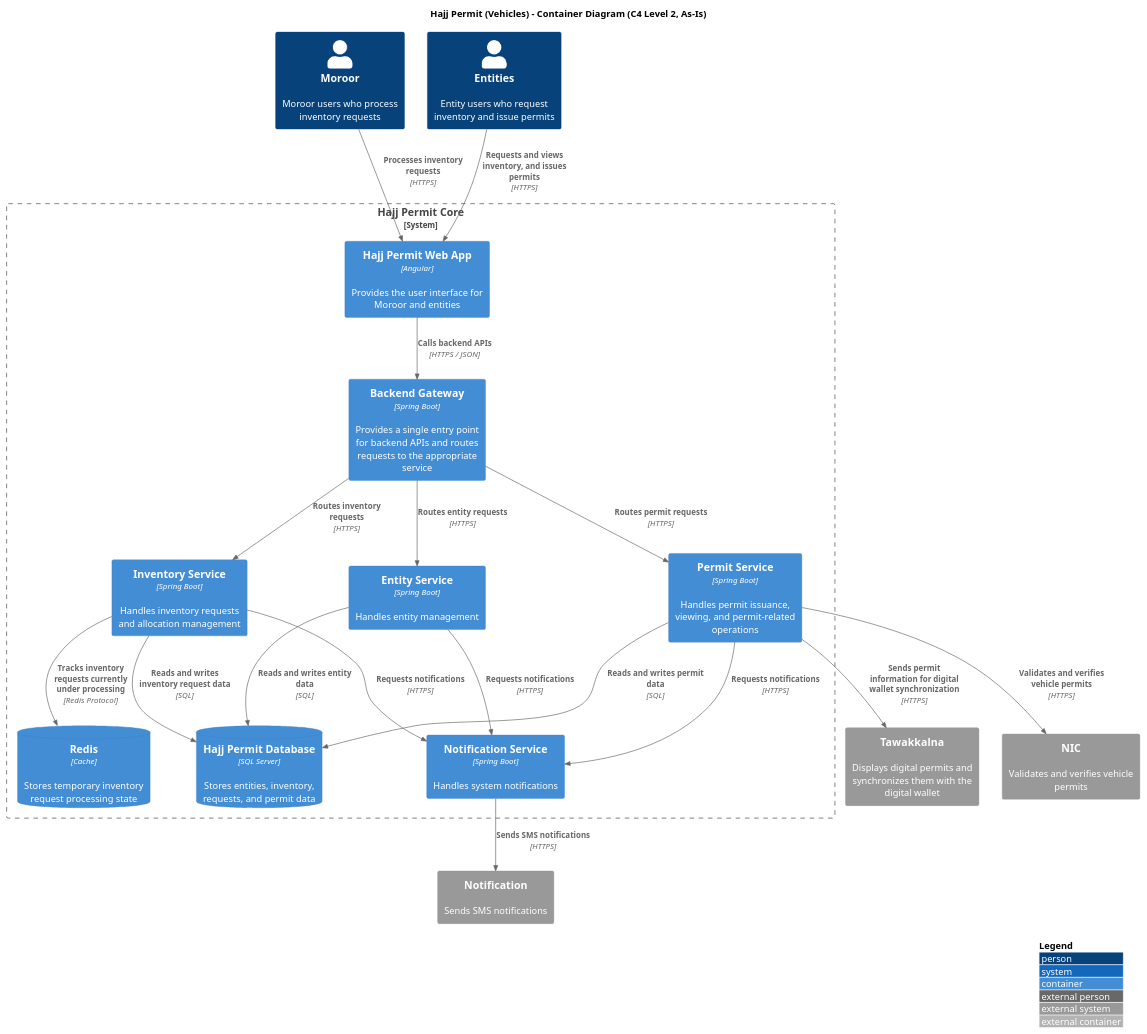
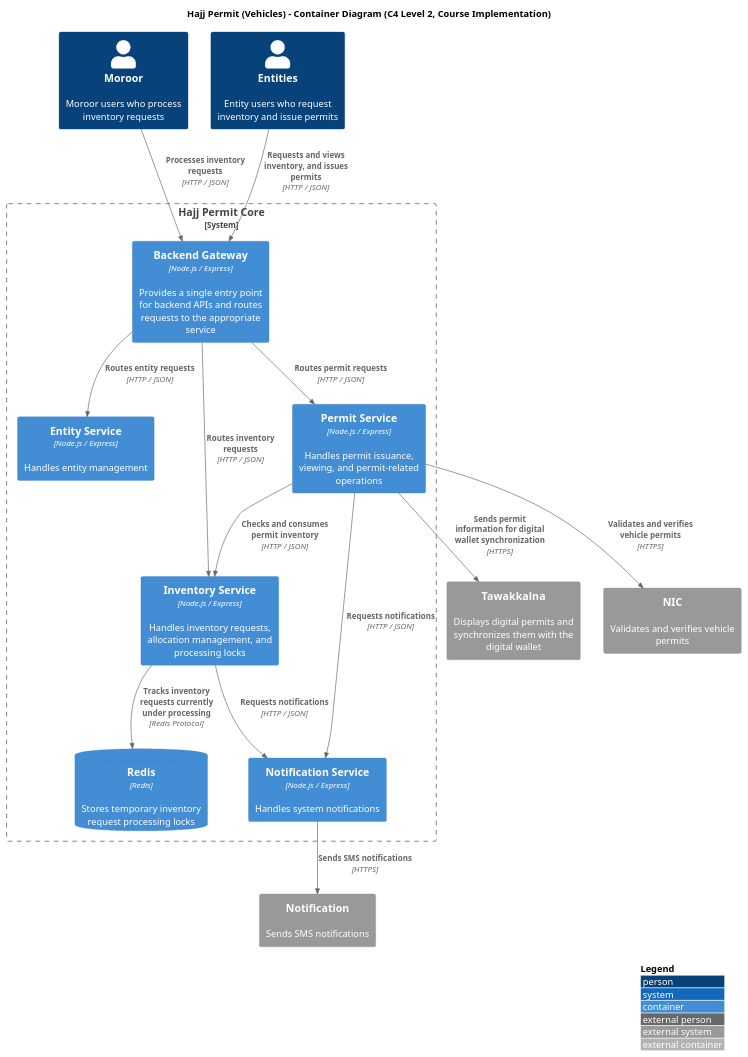
One commit to Mashael48/softwareArchitectCourse changed the diagram in docs/c4/c2/container.puml. Above: the diagram before and after it, drawn with PlantUML.

Commit message:
align C2 with Node.js microservices implementation

```diff
--- a/docs/c4/c2/container.puml
+++ b/docs/c4/c2/container.puml
@@ -1,36 +1,30 @@
 @startuml containers
 !include <C4/C4_Container>
-title Hajj Permit (Vehicles) - Container Diagram (C4 Level 2, As-Is)
+title Hajj Permit (Vehicles) - Container Diagram (C4 Level 2, Course Implementation)
 LAYOUT_WITH_LEGEND()
 Person(moroor, "Moroor", "Moroor users who process inventory requests")
 Person(entities, "Entities", "Entity users who request inventory and issue permits")
 System_Ext(notification, "Notification", "Sends SMS notifications")
 System_Ext(tawakkalna, "Tawakkalna", "Displays digital permits and synchronizes them with the digital wallet")
 System_Ext(nic, "NIC", "Validates and verifies vehicle permits")
 System_Boundary(hajj_permit_core, "Hajj Permit Core") {
-Container(web_app, "Hajj Permit Web App", "Angular", "Provides the user interface for Moroor and entities")
-Container(gateway, "Backend Gateway", "Spring Boot", "Provides a single entry point for backend APIs and routes requests to the appropriate service")
-Container(entity_service, "Entity Service", "Spring Boot", "Handles entity management")
-Container(inventory_service, "Inventory Service", "Spring Boot", "Handles inventory requests and allocation management")
-Container(permit_service, "Permit Service", "Spring Boot", "Handles permit issuance, viewing, and permit-related operations")
-Container(notification_service, "Notification Service", "Spring Boot", "Handles system notifications")
-ContainerDb(redis, "Redis", "Cache", "Stores temporary inventory request processing state")
-ContainerDb(hajj_permit_db, "Hajj Permit Database", "SQL Server", "Stores entities, inventory, requests, and permit data")
+Container(gateway, "Backend Gateway", "Node.js / Express", "Provides a single entry point for backend APIs and routes requests to the appropriate service")
+Container(entity_service, "Entity Service", "Node.js / Express", "Handles entity management")
+Container(inventory_service, "Inventory Service", "Node.js / Express", "Handles inventory requests, allocation management, and processing locks")
+Container(permit_service, "Permit Service", "Node.js / Express", "Handles permit issuance, viewing, and permit-related operations")
+Container(notification_service, "Notification Service", "Node.js / Express", "Handles system notifications")
+ContainerDb(redis, "Redis", "Redis", "Stores temporary inventory request processing locks")
 }
-Rel(moroor, web_app, "Processes inventory requests", "HTTPS")
-Rel(entities, web_app, "Requests and views inventory, and issues permits", "HTTPS")
-Rel(web_app, gateway, "Calls backend APIs", "HTTPS / JSON")
-Rel(gateway, entity_service, "Routes entity requests", "HTTPS")
-Rel(gateway, inventory_service, "Routes inventory requests", "HTTPS")
-Rel(gateway, permit_service, "Routes permit requests", "HTTPS")
-Rel(entity_service, notification_service, "Requests notifications", "HTTPS")
-Rel(inventory_service, notification_service, "Requests notifications", "HTTPS")
-Rel(permit_service, notification_service, "Requests notifications", "HTTPS")
+Rel(moroor, gateway, "Processes inventory requests", "HTTP / JSON")
+Rel(entities, gateway, "Requests and views inventory, and issues permits", "HTTP / JSON")
+Rel(gateway, entity_service, "Routes entity requests", "HTTP / JSON")
+Rel(gateway, inventory_service, "Routes inventory requests", "HTTP / JSON")
+Rel(gateway, permit_service, "Routes permit requests", "HTTP / JSON")
+Rel(inventory_service, notification_service, "Requests notifications", "HTTP / JSON")
+Rel(permit_service, notification_service, "Requests notifications", "HTTP / JSON")
+Rel(permit_service, inventory_service, "Checks and consumes permit inventory", "HTTP / JSON")
 Rel(inventory_service, redis, "Tracks inventory requests currently under processing", "Redis Protocol")
 Rel(notification_service, notification, "Sends SMS notifications", "HTTPS")
-Rel(entity_service, hajj_permit_db, "Reads and writes entity data", "SQL")
-Rel(inventory_service, hajj_permit_db, "Reads and writes inventory request data", "SQL")
-Rel(permit_service, hajj_permit_db, "Reads and writes permit data", "SQL")
 Rel(permit_service, tawakkalna, "Sends permit information for digital wallet synchronization", "HTTPS")
 Rel(permit_service, nic, "Validates and verifies vehicle permits", "HTTPS")
 @enduml
```
